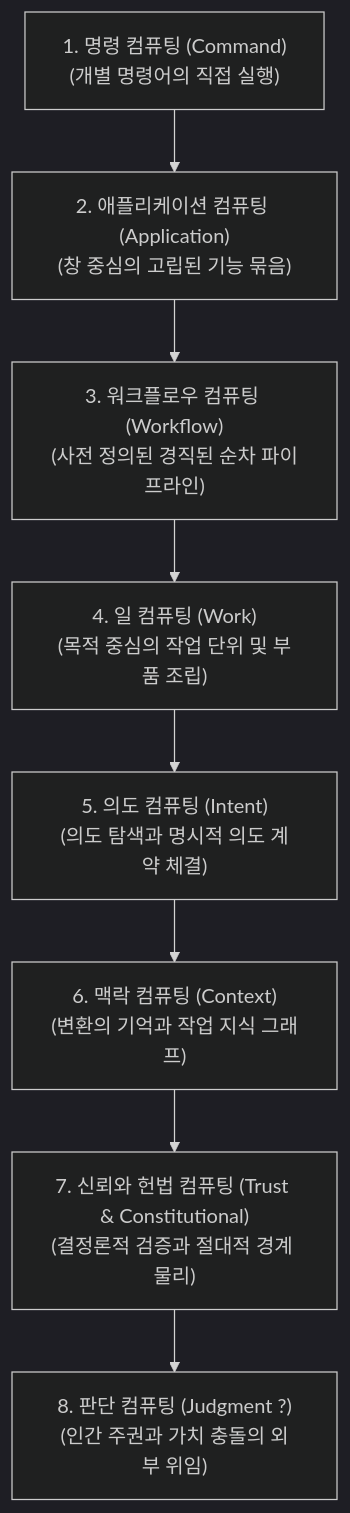
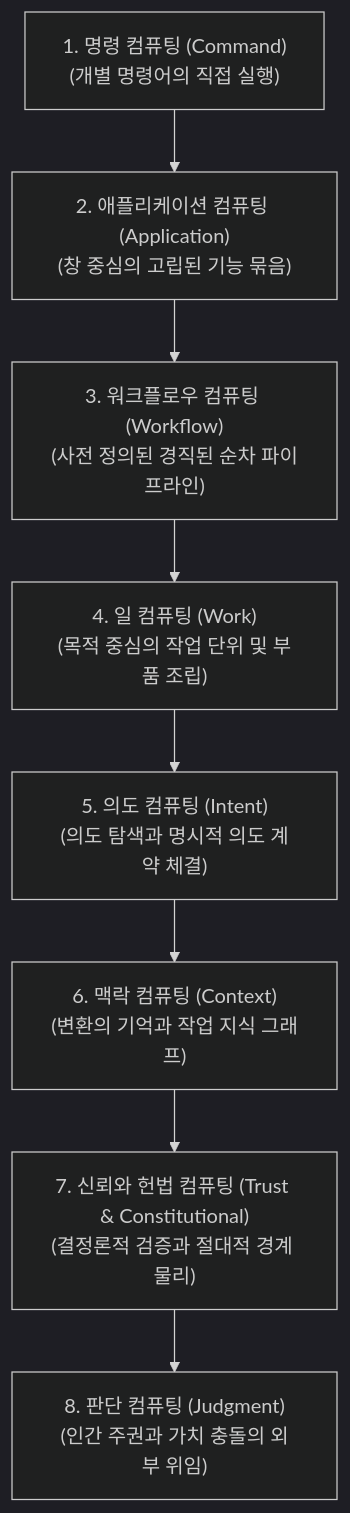
Before and after one commit to kocean-dev/judgment-computing: the first of 3 diagrams in ARCHITECTURE.Ko.md, drawn with Mermaid (dark theme). The commit also changed other lines of this file and 1 other file, not shown here.

Commit message:
docs(architecture): neutralize internal tier label and fix Korean diagram typo

````diff
--- a/ARCHITECTURE.Ko.md
+++ b/ARCHITECTURE.Ko.md
@@ -16,10 +16,10 @@
 ```mermaid
 graph TD
     A["1. 명령 컴퓨팅 (Command)<br>(개별 명령어의 직접 실행)"] --> B["2. 애플리케이션 컴퓨팅 (Application)<br>(창 중심의 고립된 기능 묶음)"]
     B --> C["3. 워크플로우 컴퓨팅 (Workflow)<br>(사전 정의된 경직된 순차 파이프라인)"]
     C --> D["4. 일 컴퓨팅 (Work)<br>(목적 중심의 작업 단위 및 부품 조립)"]
     D --> E["5. 의도 컴퓨팅 (Intent)<br>(의도 탐색과 명시적 의도 계약 체결)"]
     E --> F["6. 맥락 컴퓨팅 (Context)<br>(변환의 기억과 작업 지식 그래프)"]
     F --> G["7. 신뢰와 헌법 컴퓨팅 (Trust & Constitutional)<br>(결정론적 검증과 절대적 경계 물리)"]
-    G --> H["8. 판단 컴퓨팅 (Judgment ?)<br>(인간 주권과 가치 충돌의 외부 위임)"]
+    G --> H["8. 판단 컴퓨팅 (Judgment)<br>(인간 주권과 가치 충돌의 외부 위임)"]
 ```
````
